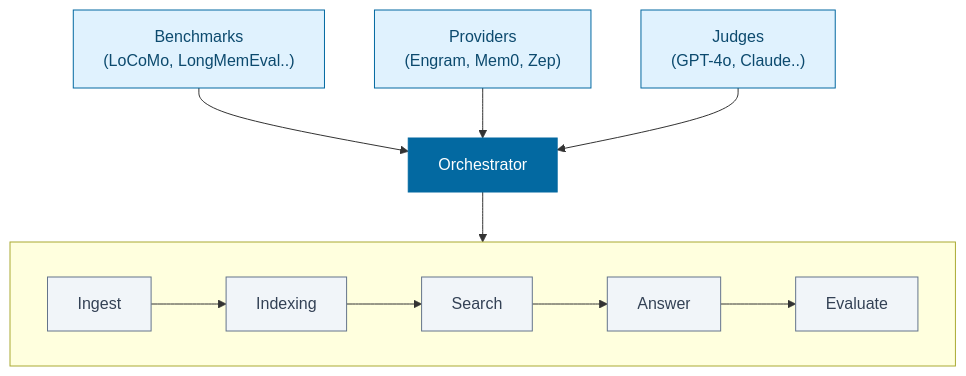
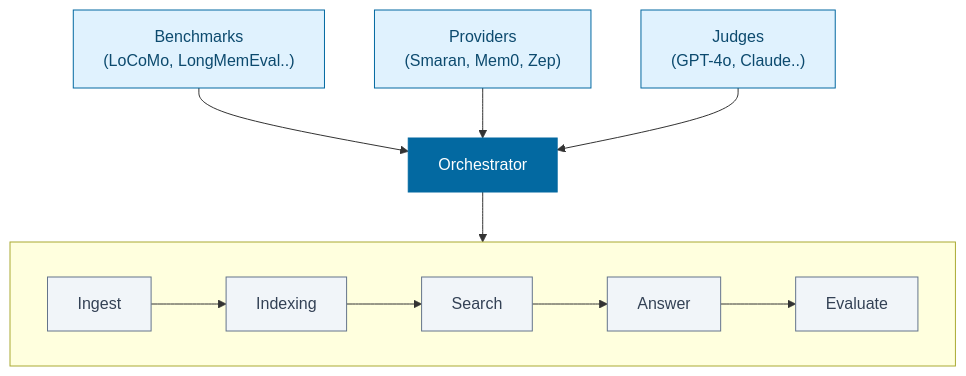
Before and after one commit to Ayushpani/engram: the first of 2 diagrams in apps/docs/memorybench/architecture.mdx, drawn with Mermaid. The commit also changed 219 other files, not shown here.

````diff
--- a/apps/docs/memorybench/architecture.mdx
+++ b/apps/docs/memorybench/architecture.mdx
@@ -9,27 +9,27 @@
 ```mermaid
 flowchart TB
     B["Benchmarks<br/>(LoCoMo, LongMemEval..)"]
-    P["Providers<br/>(Engram, Mem0, Zep)"]
+    P["Providers<br/>(Smaran, Mem0, Zep)"]
     J["Judges<br/>(GPT-4o, Claude..)"]
 
     B --> O[Orchestrator]
     P --> O
     J --> O
 
     O --> Pipeline
 
     subgraph Pipeline[" "]
         direction LR
         I[Ingest] --> IX[Indexing] --> S[Search] --> A[Answer] --> E[Evaluate]
     end
 
     style B fill:#E0F2FE,stroke:#0369A1,color:#0C4A6E
     style P fill:#E0F2FE,stroke:#0369A1,color:#0C4A6E
     style J fill:#E0F2FE,stroke:#0369A1,color:#0C4A6E
     style O fill:#0369A1,stroke:#0369A1,color:#fff
     style I fill:#F1F5F9,stroke:#64748B,color:#334155
     style IX fill:#F1F5F9,stroke:#64748B,color:#334155
     style S fill:#F1F5F9,stroke:#64748B,color:#334155
     style A fill:#F1F5F9,stroke:#64748B,color:#334155
     style E fill:#F1F5F9,stroke:#64748B,color:#334155
 ```
````
